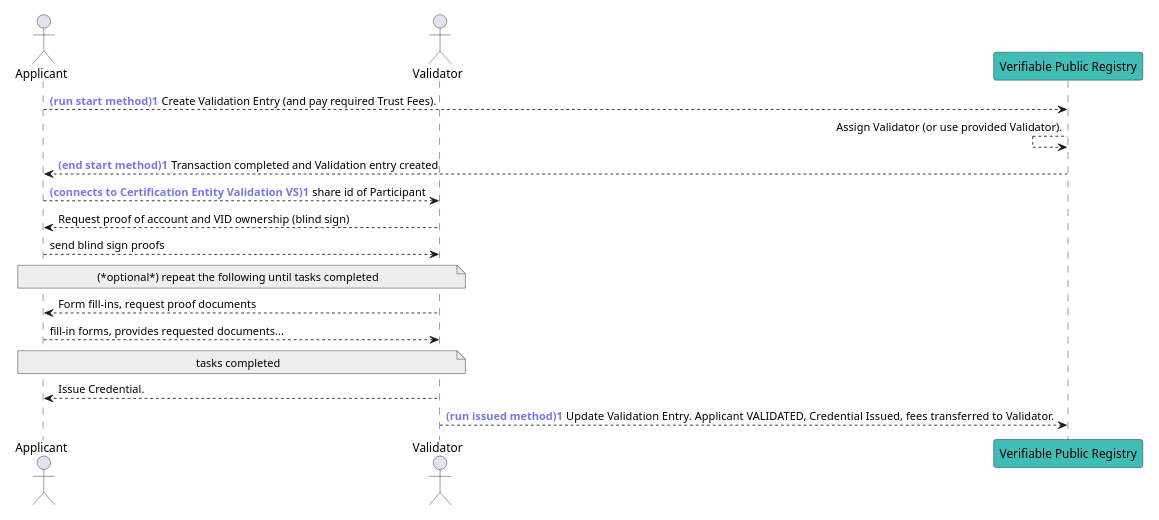
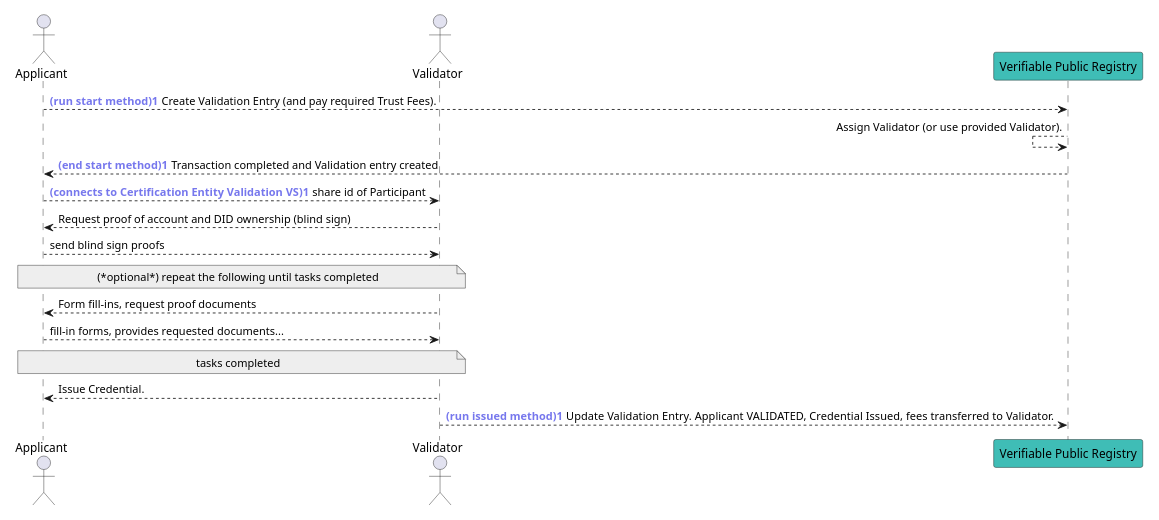
Diagram 20 of 21 in spec.md (verana-labs/verifiable-trust-vpr-spec), drawn with PlantUML before and after one commit. The commit also changed other lines of this file, not shown here.

First line of the commit message:
revert(spec): drop the DID→VID rename, back to DID-only

````diff
--- a/spec.md
+++ b/spec.md
@@ -5186,27 +5183,27 @@
 ```plantuml
 scale max 800 width
 actor "Applicant" as Applicant 
 actor "Validator" as CE
 participant "Verifiable Public Registry" as VPR #3fbdb6
 autonumber "<font color='#7677ed'><b>(run start method)"
 Applicant --> VPR #3fbdb6: Create Validation Entry (and pay required Trust Fees).
 autonumber stop
 VPR <-- VPR: Assign Validator (or use provided Validator).
 autonumber "<font color='#7677ed'><b>(end start method)"
 Applicant <-- VPR: Transaction completed and Validation entry created
 autonumber stop
 autonumber "<font color='#7677ed'><b>(connects to Certification Entity Validation VS)"
 Applicant --> CE: share id of Participant
 autonumber stop
-Applicant <-- CE: Request proof of account and VID ownership (blind sign)
+Applicant <-- CE: Request proof of account and DID ownership (blind sign)
 Applicant --> CE: send blind sign proofs 
 note over Applicant, CE #EEEEEE: (*optional*) repeat the following until tasks completed
 Applicant <-- CE: Form fill-ins, request proof documents
 Applicant --> CE: fill-in forms, provides requested documents...
 note over Applicant, CE #EEEEEE: tasks completed
 autonumber stop
 CE --> Applicant #3fbdb6: Issue Credential.
 autonumber "<font color='#7677ed'><b>(run issued method)"
 CE --> VPR #3fbdb6: Update Validation Entry. Applicant VALIDATED, Credential Issued, fees transferred to Validator.
 autonumber stop
 ```
````
